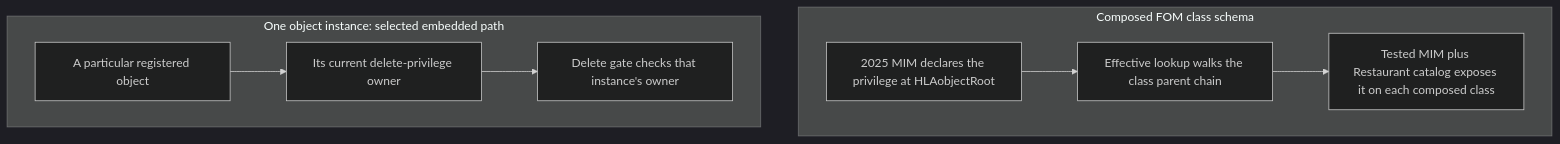
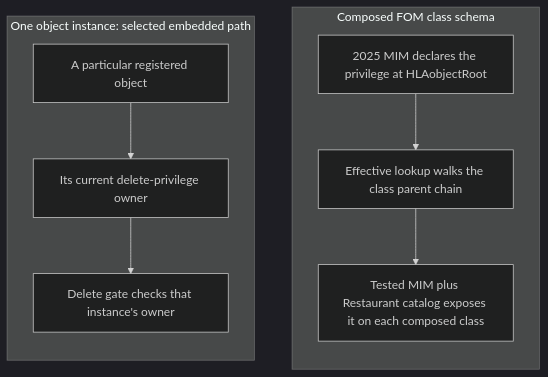
Before and after one commit to sheepfling/umbra: the third of 36 diagrams in docs/design/HLA-2025-ATTRIBUTE-OWNERSHIP-FLOW-GUIDE.md, drawn with Mermaid (dark theme). The commit also changed other lines of this file and 39 other files, not shown here.

Commit message:
Document IEEE 1516.1-2025 behavior flows

````diff
--- a/docs/design/HLA-2025-ATTRIBUTE-OWNERSHIP-FLOW-GUIDE.md
+++ b/docs/design/HLA-2025-ATTRIBUTE-OWNERSHIP-FLOW-GUIDE.md
@@ -315,13 +321,13 @@
 ```mermaid
 flowchart TB
   subgraph schema["Composed FOM class schema"]
-    direction LR
+    direction TB
     MIM["2025 MIM declares the privilege at HLAobjectRoot"] --> PARENTS["Effective lookup walks the class parent chain"]
     PARENTS --> AVAILABLE["Tested MIM plus Restaurant catalog exposes it on each composed class"]
   end
   subgraph runtime["One object instance: selected embedded path"]
-    direction LR
+    direction TB
     OBJECT["A particular registered object"] --> OWNER["Its current delete-privilege owner"]
     OWNER --> CHECK["Delete gate checks that instance's owner"]
   end
 ```
````
